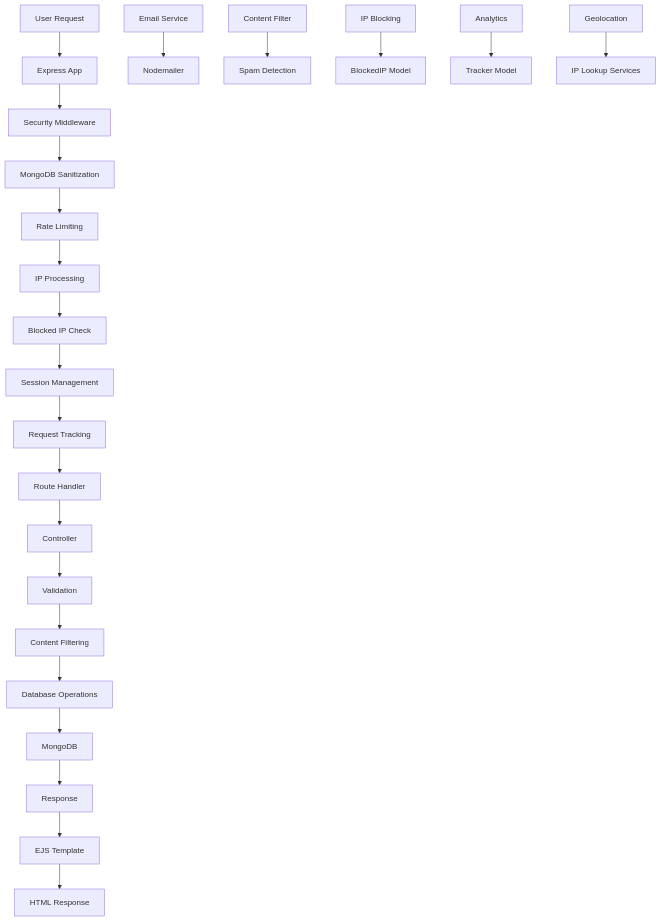
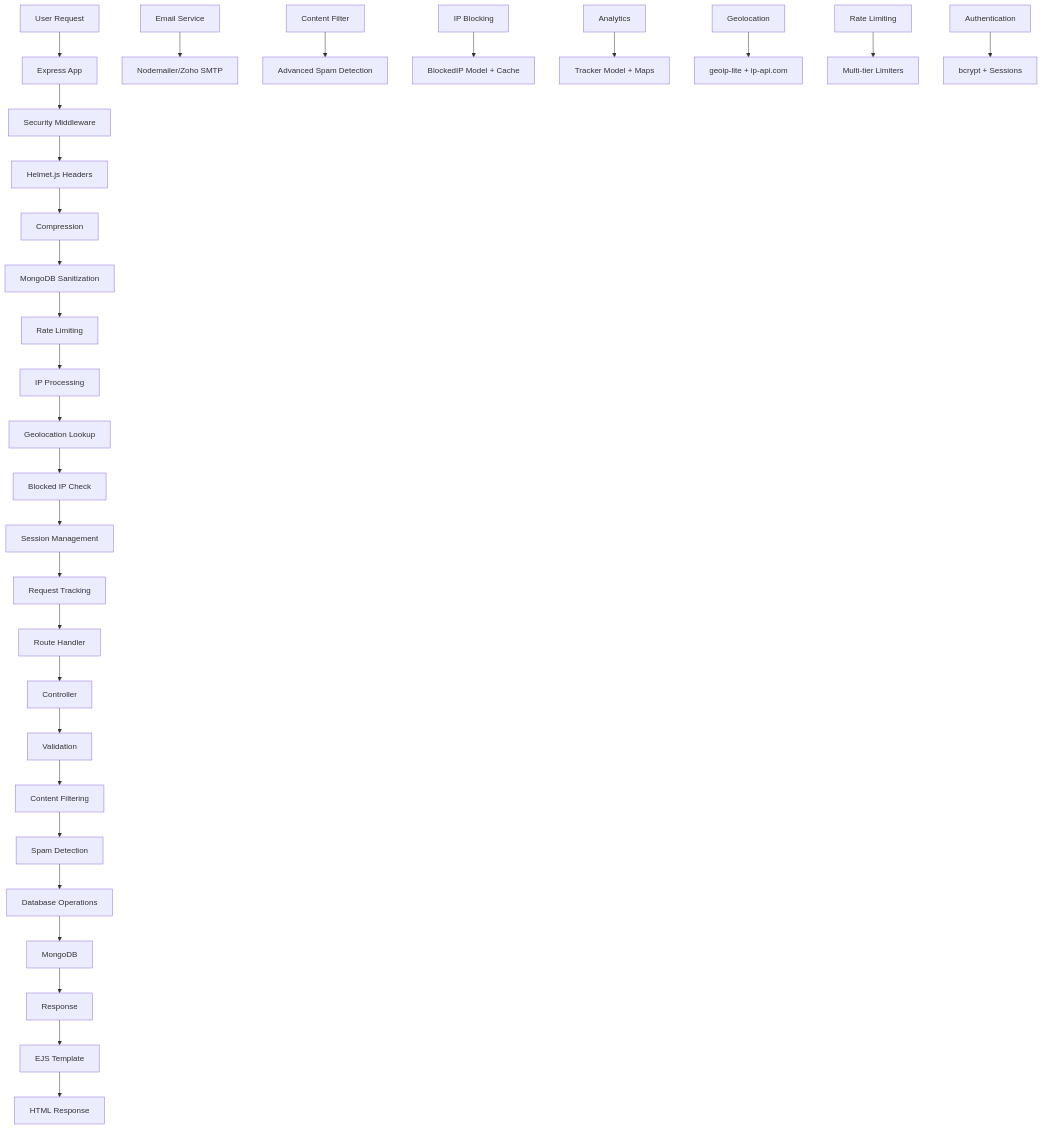
One commit to hutchybop/app-blog changed the first of 3 diagrams in docs/ARCHITECTURE_REFERENCE.md. Above: the diagram before and after it, drawn with Mermaid. The commit also changed other lines of this file and 3 other files, not shown here.

````diff
--- a/docs/ARCHITECTURE_REFERENCE.md
+++ b/docs/ARCHITECTURE_REFERENCE.md
@@ -17,26 +19,32 @@
 ```mermaid
 graph TD
     A[User Request] --> B[Express App]
     B --> C[Security Middleware]
-    C --> D[MongoDB Sanitization]
-    D --> E[Rate Limiting]
-    E --> F[IP Processing]
-    F --> G[Blocked IP Check]
-    G --> H[Session Management]
-    H --> I[Request Tracking]
-    I --> J[Route Handler]
-    J --> K[Controller]
-    K --> L[Validation]
-    L --> M[Content Filtering]
-    M --> N[Database Operations]
-    N --> O[MongoDB]
-    O --> P[Response]
-    P --> Q[EJS Template]
-    Q --> R[HTML Response]
+    C --> D[Helmet.js Headers]
+    D --> E[Compression]
+    E --> F[MongoDB Sanitization]
+    F --> G[Rate Limiting]
+    G --> H[IP Processing]
+    H --> I[Geolocation Lookup]
+    I --> J[Blocked IP Check]
+    J --> K[Session Management]
+    K --> L[Request Tracking]
+    L --> M[Route Handler]
+    M --> N[Controller]
+    N --> O[Validation]
+    O --> P[Content Filtering]
+    P --> Q[Spam Detection]
+    Q --> R[Database Operations]
+    R --> S[MongoDB]
+    S --> T[Response]
+    T --> U[EJS Template]
+    U --> V[HTML Response]
 
-    S[Email Service] --> T[Nodemailer]
-    U[Content Filter] --> V[Spam Detection]
-    W[IP Blocking] --> X[BlockedIP Model]
-    Y[Analytics] --> Z[Tracker Model]
-    AA[Geolocation] --> BB[IP Lookup Services]
+    W[Email Service] --> X[Nodemailer/Zoho SMTP]
+    Y[Content Filter] --> Z[Advanced Spam Detection]
+    AA[IP Blocking] --> BB[BlockedIP Model + Cache]
+    CC[Analytics] --> DD[Tracker Model + Maps]
+    EE[Geolocation] --> FF[geoip-lite + ip-api.com]
+    GG[Rate Limiting] --> HH[Multi-tier Limiters]
+    II[Authentication] --> JJ[bcrypt + Sessions]
 ```
````
